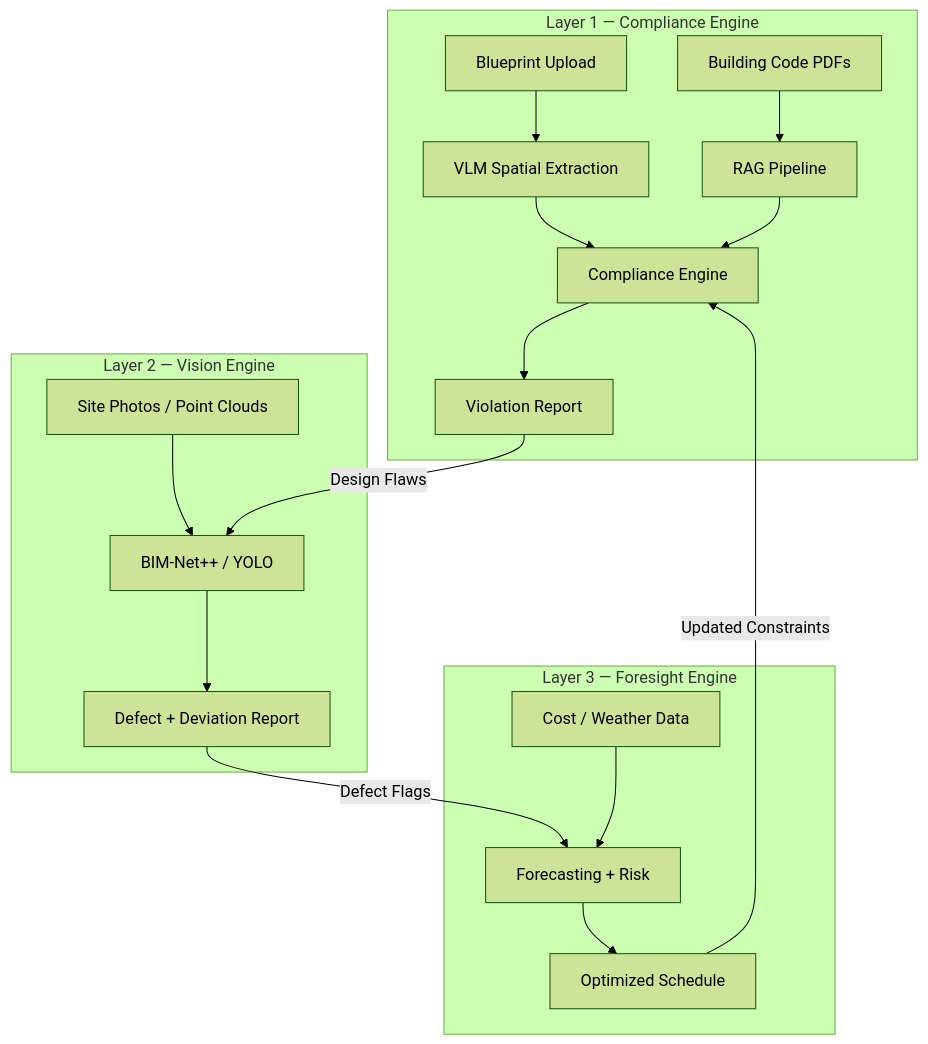
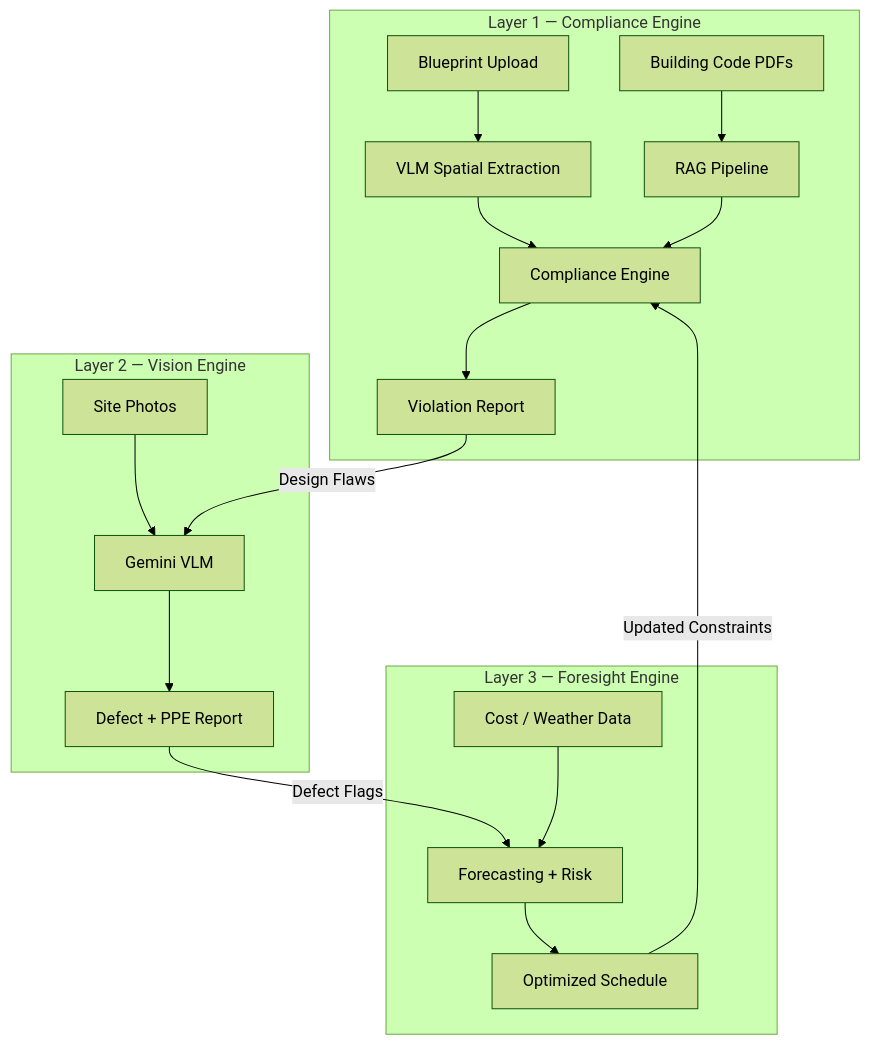
Before and after one commit to om-is-inert/KAYA-Hackathon-SafeSite-AI: the diagram in README.md, drawn with Mermaid (forest theme). The commit also changed other lines of this file and 33 other files, not shown here.

````diff
--- a/README.md
+++ b/README.md
@@ -47,24 +46,24 @@
 ```mermaid
 graph TB
     subgraph "Layer 1 — Compliance Engine"
         A[Blueprint Upload] --> B[VLM Spatial Extraction]
         C[Building Code PDFs] --> D[RAG Pipeline]
         B --> E[Compliance Engine]
         D --> E
         E --> F[Violation Report]
     end
 
     subgraph "Layer 2 — Vision Engine"
-        G[Site Photos / Point Clouds] --> H[BIM-Net++ / YOLO]
-        H --> I[Defect + Deviation Report]
+        G[Site Photos] --> H[Gemini VLM]
+        H --> I[Defect + PPE Report]
     end
 
     subgraph "Layer 3 — Foresight Engine"
         J[Cost / Weather Data] --> K[Forecasting + Risk]
         K --> L[Optimized Schedule]
     end
 
     F -->|Design Flaws| H
     I -->|Defect Flags| K
     L -->|Updated Constraints| E
 ```
````
